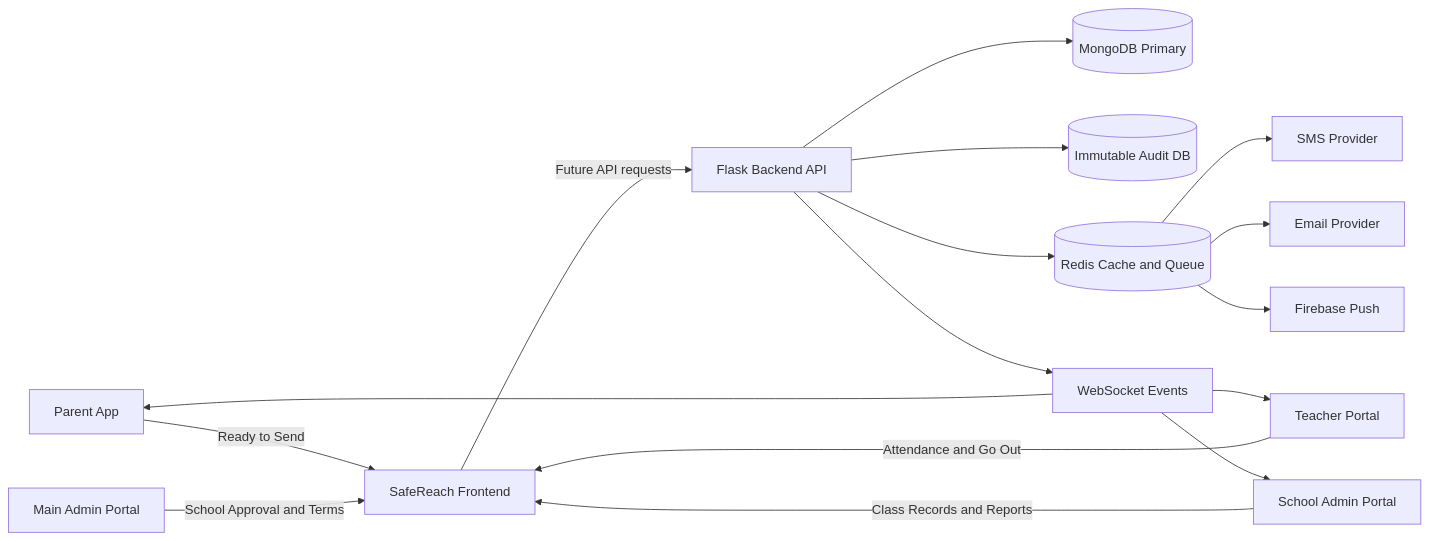
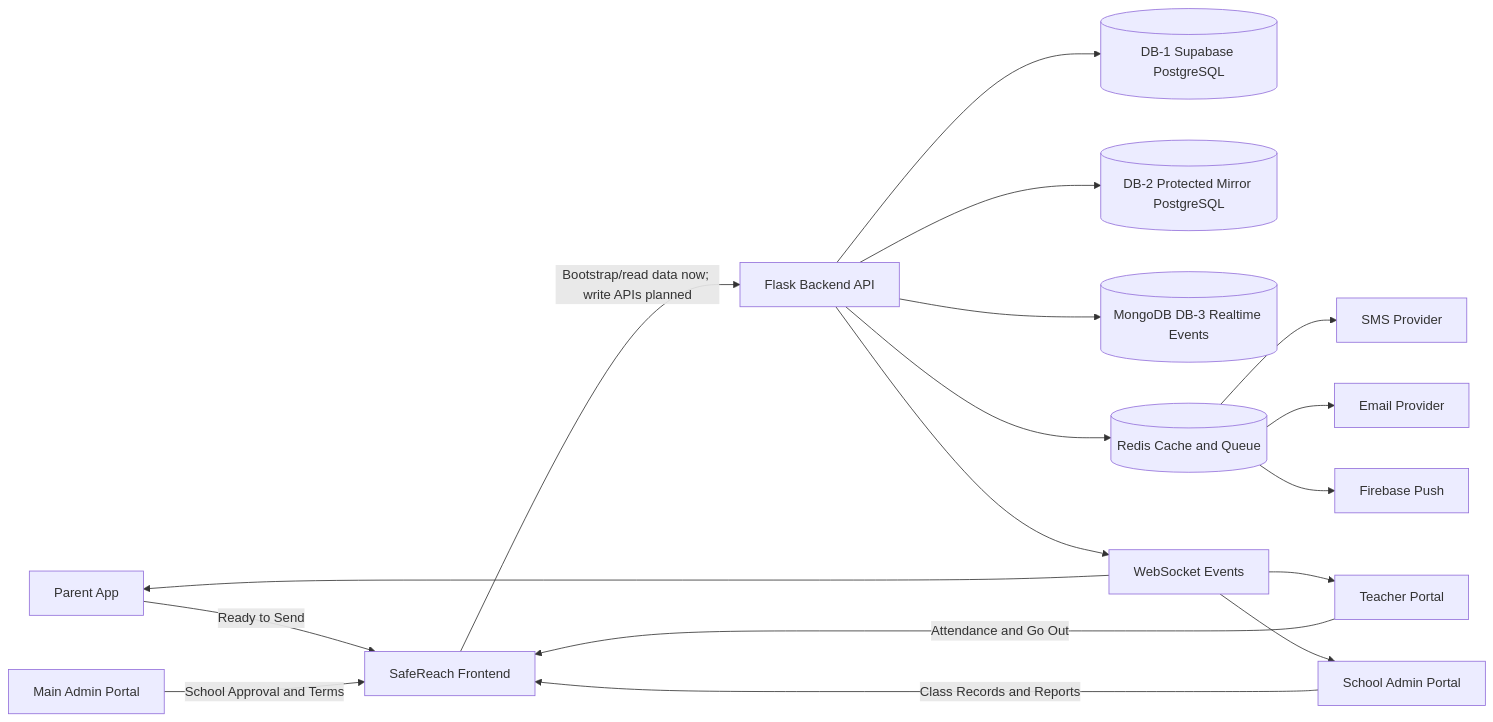
The second of 4 diagrams in README.md (BrillarisG/SafeReach), drawn with Mermaid before and after one commit. The commit also changed other lines of this file and 62 other files, not shown here.

````diff
--- a/README.md
+++ b/README.md
@@ -219,21 +221,22 @@
 ```mermaid
 flowchart LR
   ParentApp[Parent App] -->|Ready to Send| Frontend[SafeReach Frontend]
   TeacherPortal[Teacher Portal] -->|Attendance and Go Out| Frontend
   AdminPortal[School Admin Portal] -->|Class Records and Reports| Frontend
   MainAdmin[Main Admin Portal] -->|School Approval and Terms| Frontend
 
-  Frontend -->|Future API requests| FlaskAPI[Flask Backend API]
-  FlaskAPI --> PrimaryDB[(MongoDB Primary)]
-  FlaskAPI --> AuditDB[(Immutable Audit DB)]
+  Frontend -->|Bootstrap/read data now; write APIs planned| FlaskAPI[Flask Backend API]
+  FlaskAPI --> PrimaryDB[(DB-1 Supabase PostgreSQL)]
+  FlaskAPI --> AuditDB[(DB-2 Protected Mirror PostgreSQL)]
+  FlaskAPI --> DB3[(MongoDB DB-3 Realtime Events)]
   FlaskAPI --> RedisQueue[(Redis Cache and Queue)]
 
   RedisQueue --> SMSProvider[SMS Provider]
   RedisQueue --> EmailProvider[Email Provider]
   RedisQueue --> Firebase[Firebase Push]
   FlaskAPI --> Realtime[WebSocket Events]
 
   Realtime --> ParentApp
   Realtime --> TeacherPortal
   Realtime --> AdminPortal
 ```
````
